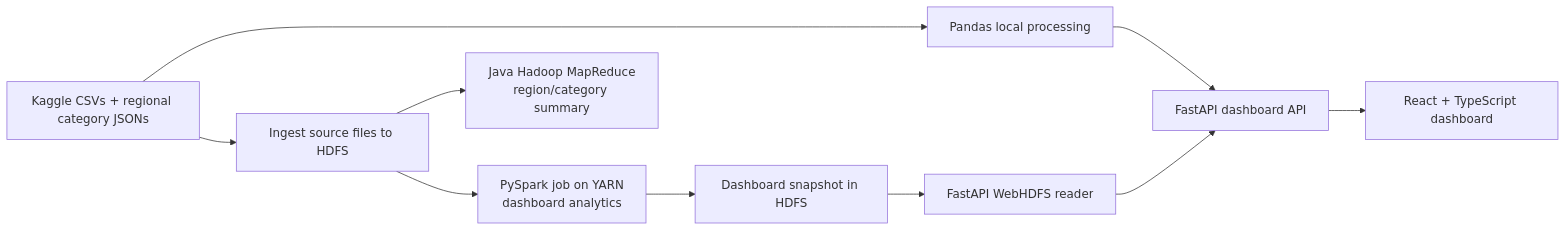
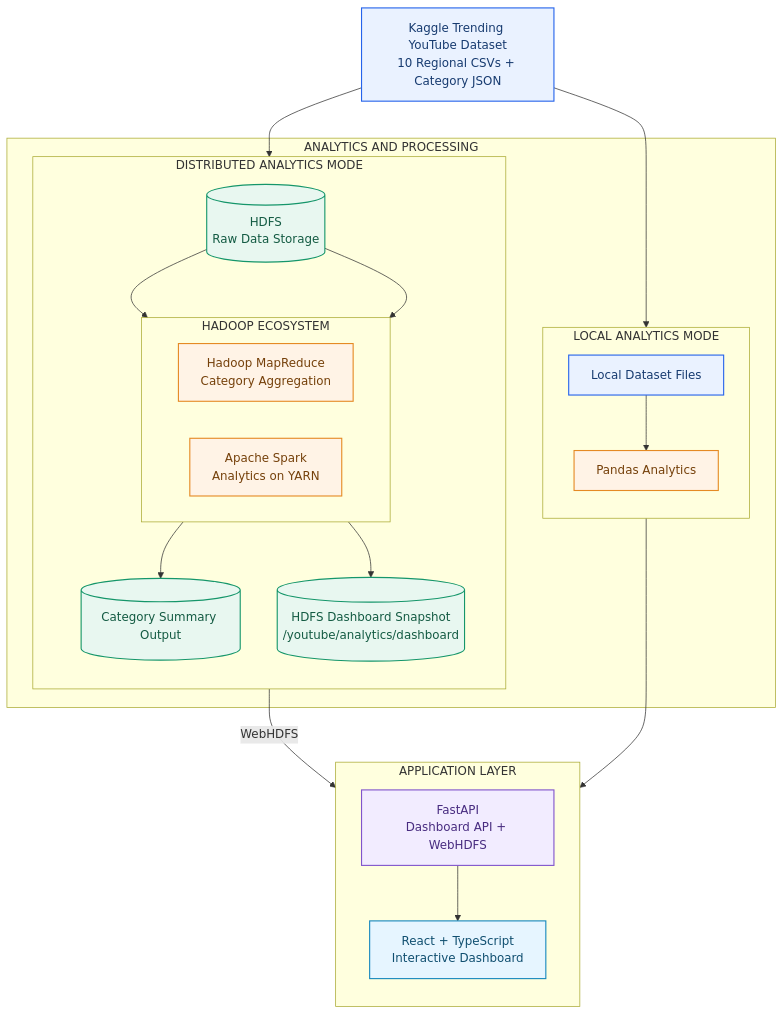
One commit to ishikakanyal/YoutubeInsights changed the diagram in README.md. Above: the diagram before and after it, drawn with Mermaid. The commit also changed other lines of this file, not shown here.

Commit message:
Revamp README

````diff
--- a/README.md
+++ b/README.md
@@ -51,13 +66,60 @@
 ```mermaid
-flowchart LR
-    D["Kaggle CSVs + regional category JSONs"]
-    D --> P["Pandas local processing"]
-    D --> I["Ingest source files to HDFS"]
-    I --> MR["Java Hadoop MapReduce<br/>region/category summary"]
-    I --> SP["PySpark job on YARN<br/>dashboard analytics"]
-    SP --> H["Dashboard snapshot in HDFS"]
-    H --> WH["FastAPI WebHDFS reader"]
-    P --> API["FastAPI dashboard API"]
-    WH --> API
-    API --> UI["React + TypeScript dashboard"]
+
+flowchart TB
+
+    DATA["Kaggle Trending YouTube Dataset<br/>10 Regional CSVs + Category JSON"]
+
+    subgraph PROCESSING["ANALYTICS AND PROCESSING"]
+
+        subgraph LOCAL["LOCAL ANALYTICS MODE"]
+            direction TB
+            FILES["Local Dataset Files"]
+            PANDAS["Pandas Analytics"]
+            FILES --> PANDAS
+        end
+
+        subgraph DISTRIBUTED["DISTRIBUTED ANALYTICS MODE"]
+            direction TB
+
+            HDFS[("HDFS<br/>Raw Data Storage")]
+
+            subgraph JOBS["HADOOP ECOSYSTEM"]
+                direction LR
+
+                MR["Hadoop MapReduce<br/>Category Aggregation"]
+                SPARK["Apache Spark<br/>Analytics on YARN"]
+            end
+
+            MR --> MR_OUT[("Category Summary Output")]
+            SPARK --> SNAPSHOT[("HDFS Dashboard Snapshot<br/>/youtube/analytics/dashboard")]
+
+            HDFS --> MR
+            HDFS --> SPARK
+        end
+    end
+
+    subgraph PRESENTATION["APPLICATION LAYER"]
+        direction TB
+        API["FastAPI<br/>Dashboard API + WebHDFS"]
+        UI["React + TypeScript<br/>Interactive Dashboard"]
+        API --> UI
+    end
+
+    DATA --> FILES
+    DATA --> HDFS
+    PANDAS --> API
+    SNAPSHOT -->|WebHDFS| API
+
+    classDef source fill:#EAF2FF,stroke:#2563EB,color:#173B70,stroke-width:1.5px
+    classDef storage fill:#E8F7F0,stroke:#15966A,color:#145B43,stroke-width:1.5px
+    classDef compute fill:#FFF3E6,stroke:#E58A24,color:#75400A,stroke-width:1.5px
+    classDef api fill:#F2ECFF,stroke:#8054CC,color:#482C80,stroke-width:1.5px
+    classDef frontend fill:#E6F5FF,stroke:#1687BE,color:#104F70,stroke-width:1.5px
+
+    class DATA,FILES source
+    class HDFS,MR_OUT,SNAPSHOT storage
+    class PANDAS,MR,SPARK compute
+    class API api
+    class UI frontend
+
 ```
````
